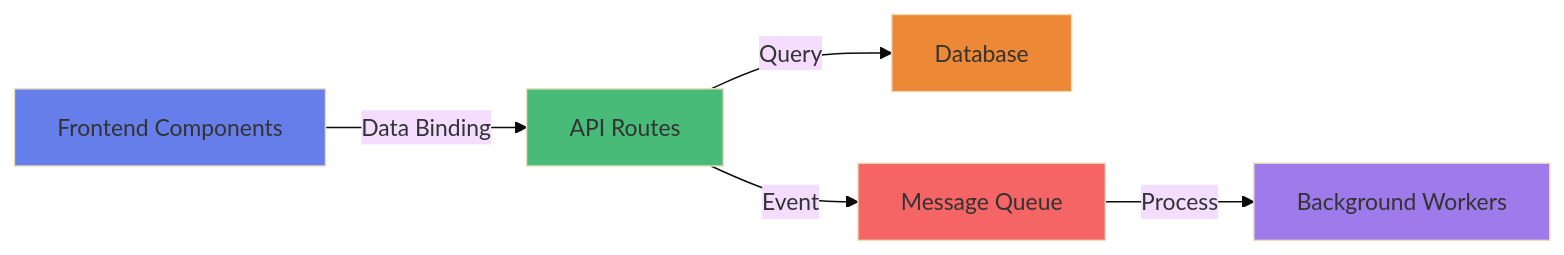
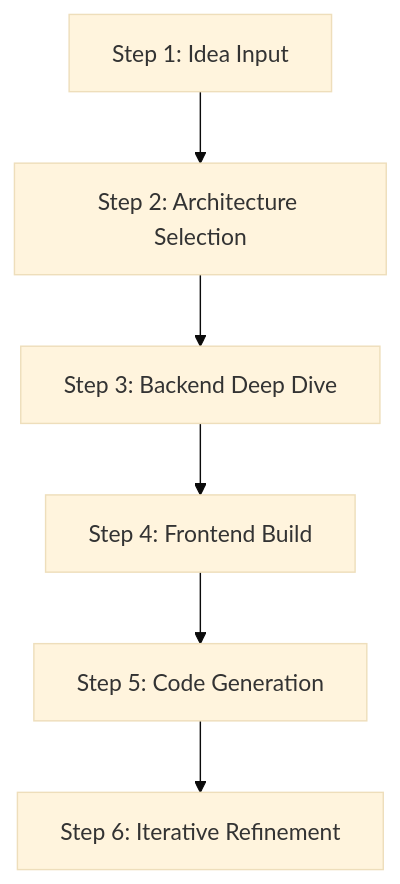
Before and after one commit to rrb-rushikesh/StateForward: the diagram in README.md, drawn with Mermaid (base theme). The commit also changed other lines of this file and 10 other files, not shown here.

````diff
--- a/README.md
+++ b/README.md
@@ -149,13 +61,8 @@
 ```mermaid
-graph LR
-    A[Frontend Components] -->|Data Binding| B[API Routes]
-    B -->|Query| C[Database]
-    B -->|Event| D[Message Queue]
-    D -->|Process| E[Background Workers]
-    
-    style A fill:#667eea
-    style B fill:#48bb78
-    style C fill:#ed8936
-    style D fill:#f56565
-    style E fill:#9f7aea
+graph TD
+    A[Step 1: Idea Input] --> B[Step 2: Architecture Selection]
+    B --> C[Step 3: Backend Deep Dive]
+    C --> D[Step 4: Frontend Build]
+    D --> E[Step 5: Code Generation]
+    E --> F[Step 6: Iterative Refinement]
 ```
````
